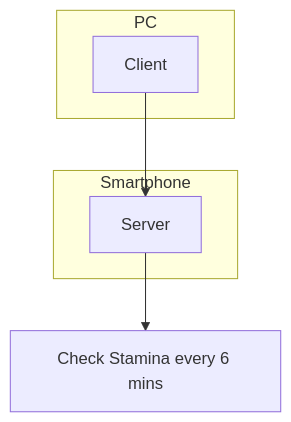
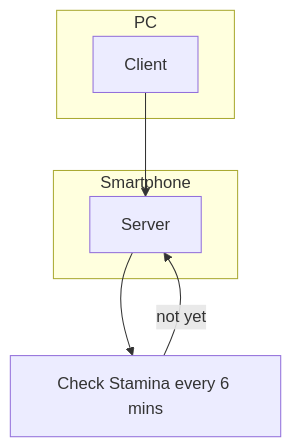
The diagram in README.md (201710808/Game-Stamina-Alarm), drawn with Mermaid before and after one commit.

````diff
--- a/README.md
+++ b/README.md
@@ -3,10 +3,11 @@
 ```mermaid
 graph TB;
     subgraph PC;
     Client;
     end;
     subgraph Smartphone;
     Client-->Server;
     end;
     Server-->Condition["Check Stamina every 6 mins"];
+    Condition-->|"not yet"|Server
 ```
````
